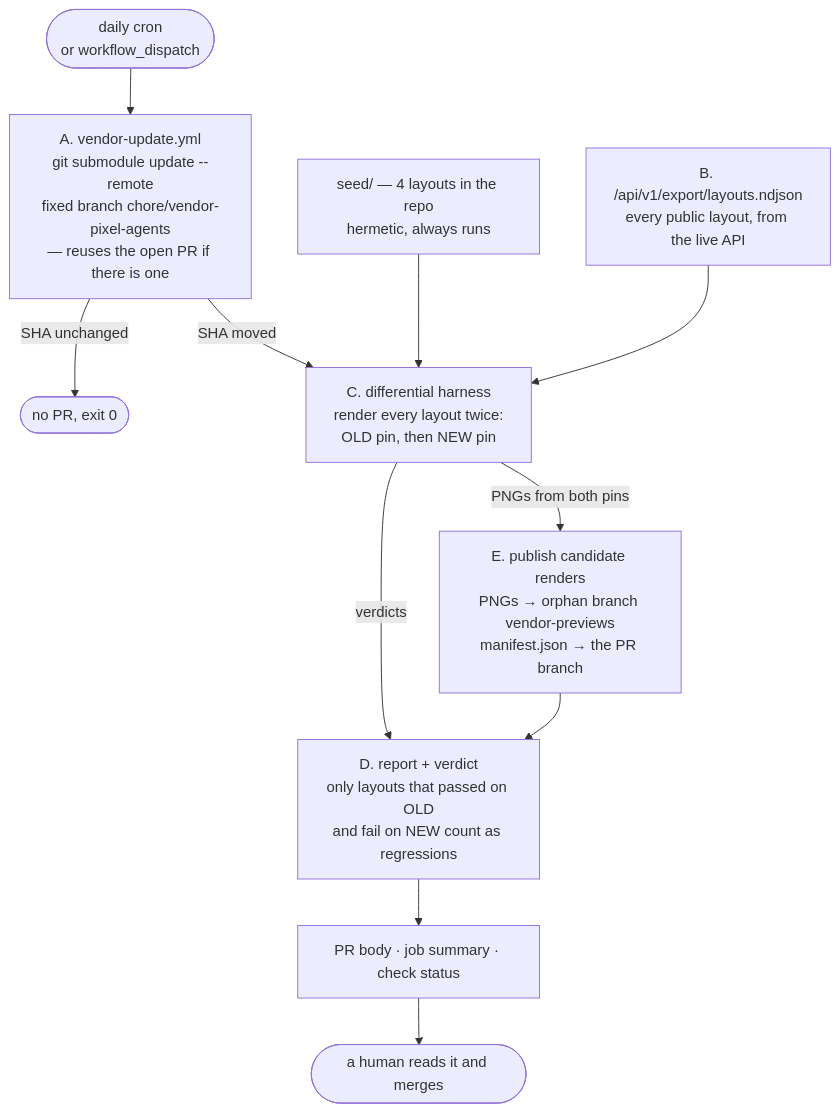
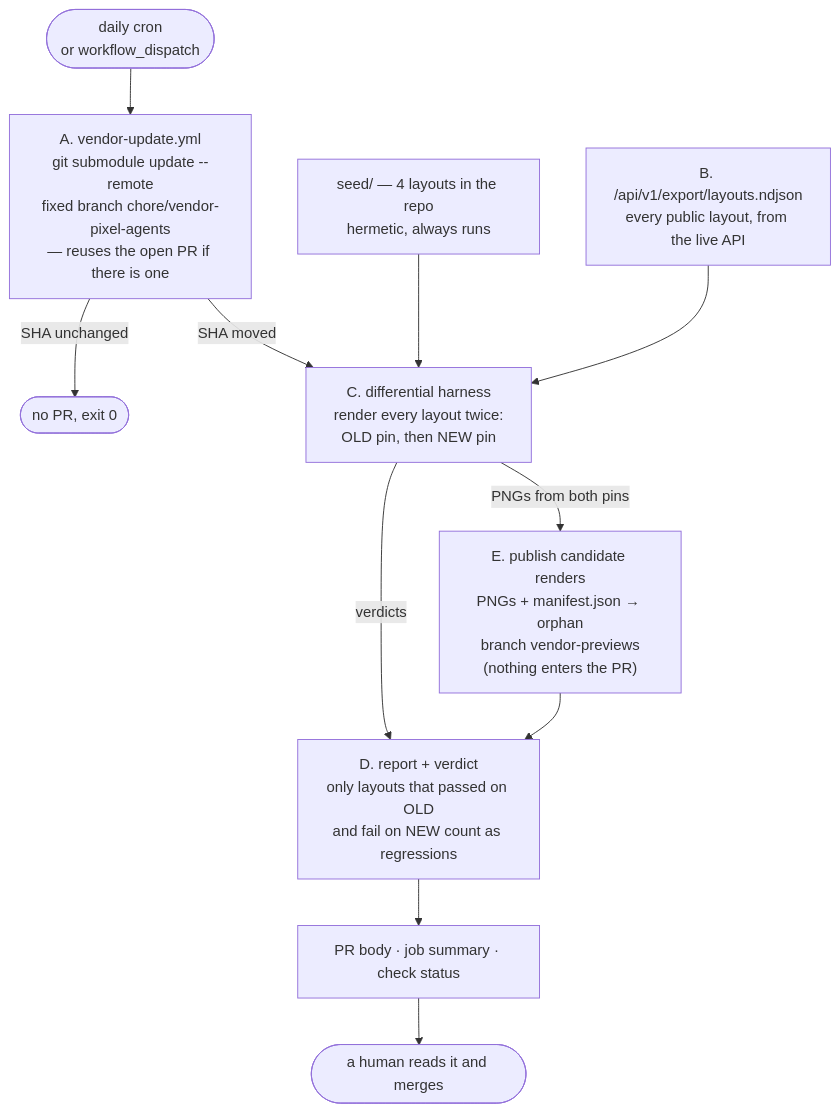
Before and after one commit to NNTin/pixel-index: the first of 6 diagrams in docs/preview-deployments.md, drawn with Mermaid. The commit also changed other lines of this file and 12 other files, not shown here.

````diff
--- a/docs/preview-deployments.md
+++ b/docs/preview-deployments.md
@@ -34,25 +34,25 @@
 ```mermaid
 flowchart TD
     T(["daily cron<br/>or workflow_dispatch"]) --> A
 
     A["A. vendor-update.yml<br/>git submodule update --remote<br/>fixed branch chore/vendor-pixel-agents<br/>— reuses the open PR if there is one"]
 
     A -->|"SHA unchanged"| STOP(["no PR, exit 0"])
     A -->|"SHA moved"| C
 
     C["C. differential harness<br/>render every layout twice:<br/>OLD pin, then NEW pin"]
 
     SEED["seed/ — 4 layouts in the repo<br/>hermetic, always runs"] --> C
     LIVE["B. /api/v1/export/layouts.ndjson<br/>every public layout, from the live API"] --> C
 
     C -->|"PNGs from both pins"| E
     C -->|"verdicts"| D
 
-    E["E. publish candidate renders<br/>PNGs → orphan branch vendor-previews<br/>manifest.json → the PR branch"]
+    E["E. publish candidate renders<br/>PNGs + manifest.json → orphan<br/>branch vendor-previews<br/>(nothing enters the PR)"]
     E --> D
 
     D["D. report + verdict<br/>only layouts that passed on OLD<br/>and fail on NEW count as regressions"]
 
     D --> PR["PR body · job summary · check status"]
     PR --> H(["a human reads it and merges"])
 ```
````
